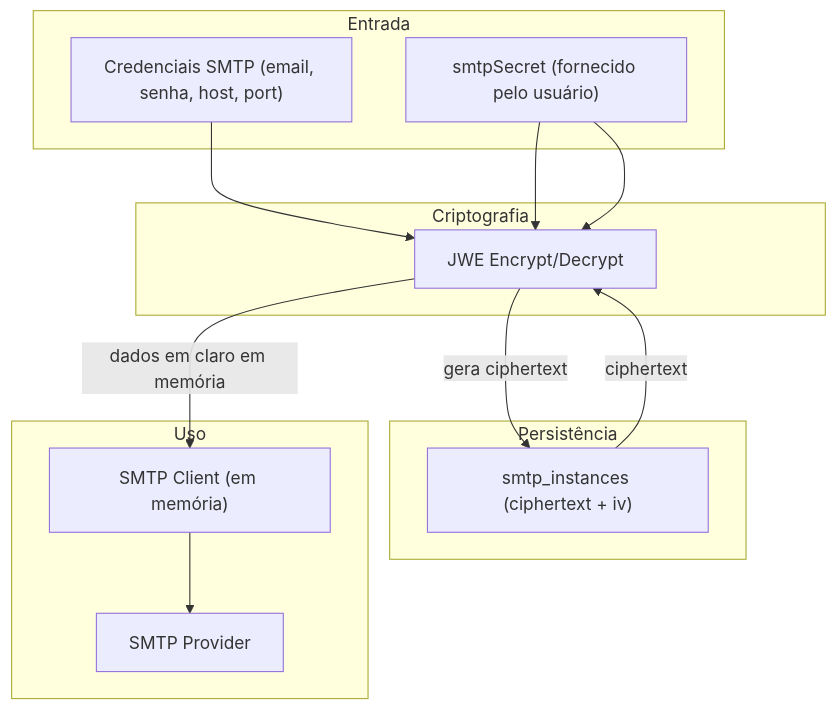
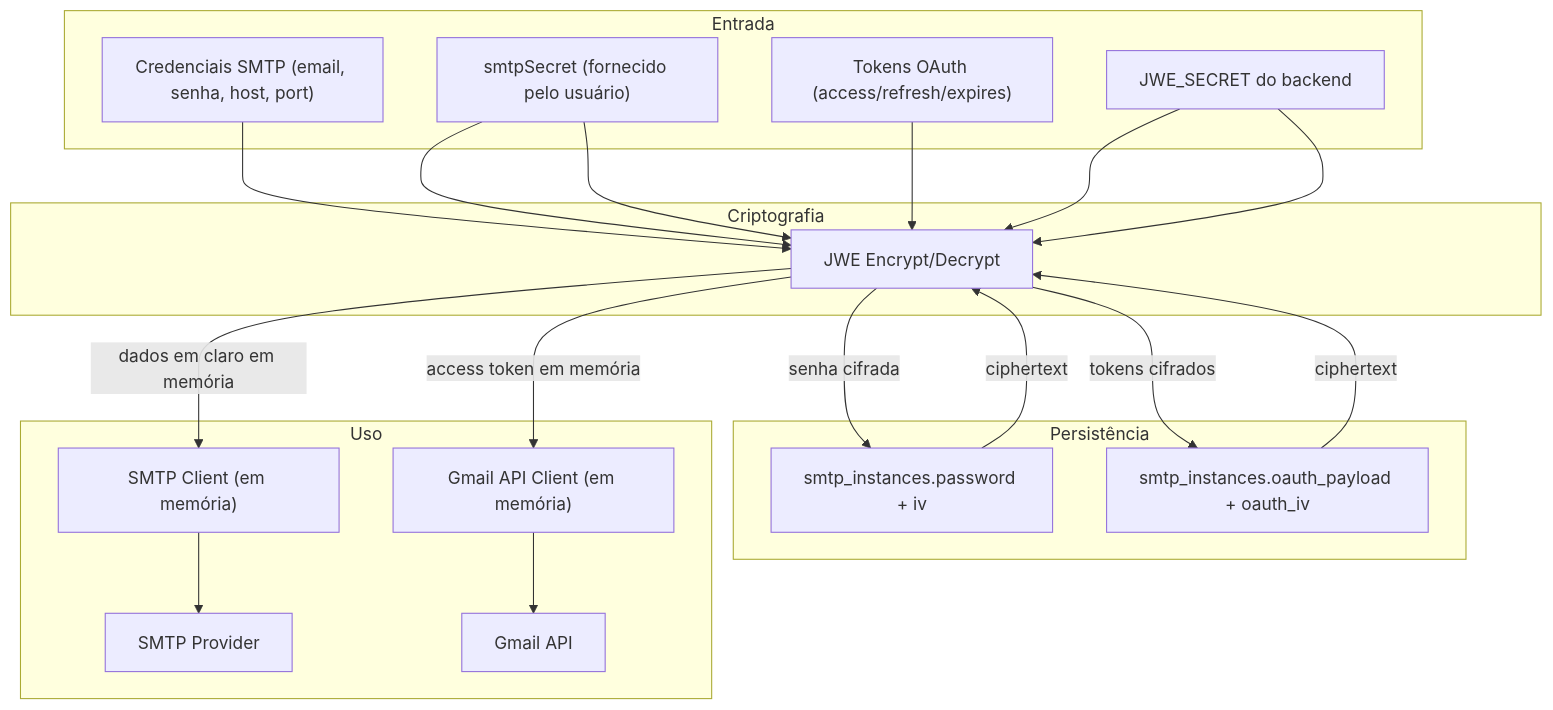
One commit to ThalysSilva/unicast-backend changed the fourth of 8 diagrams in README.md. Above: the diagram before and after it, drawn with Mermaid. The commit also changed other lines of this file, not shown here.

````diff
--- a/README.md
+++ b/README.md
@@ -178,28 +178,41 @@
 ```mermaid
 flowchart TD
     subgraph Entrada
       SmtpSecret["smtpSecret (fornecido pelo usuário)"]
       Creds["Credenciais SMTP (email, senha, host, port)"]
+      OAuthTokens["Tokens OAuth (access/refresh/expires)"]
+      JWESecret["JWE_SECRET do backend"]
     end
 
     subgraph Criptografia
       JWE["JWE Encrypt/Decrypt"]
     end
 
     subgraph Persistência
-      DB["smtp_instances (ciphertext + iv)"]
+      DBPassword["smtp_instances.password + iv"]
+      DBOAuth["smtp_instances.oauth_payload + oauth_iv"]
     end
 
     subgraph Uso
       SMTPClient["SMTP Client (em memória)"]
+      GmailClient["Gmail API Client (em memória)"]
       Mail["SMTP Provider"]
+      Gmail["Gmail API"]
     end
 
     Creds --> JWE
     SmtpSecret --> JWE
-    JWE -->|gera ciphertext| DB
-    DB -->|ciphertext| JWE
+    JWE -->|senha cifrada| DBPassword
+    DBPassword -->|ciphertext| JWE
     SmtpSecret --> JWE
     JWE -->|dados em claro em memória| SMTPClient
     SMTPClient --> Mail
+
+    OAuthTokens --> JWE
+    JWESecret --> JWE
+    JWE -->|tokens cifrados| DBOAuth
+    DBOAuth -->|ciphertext| JWE
+    JWESecret --> JWE
+    JWE -->|access token em memória| GmailClient
+    GmailClient --> Gmail
 ```
````
